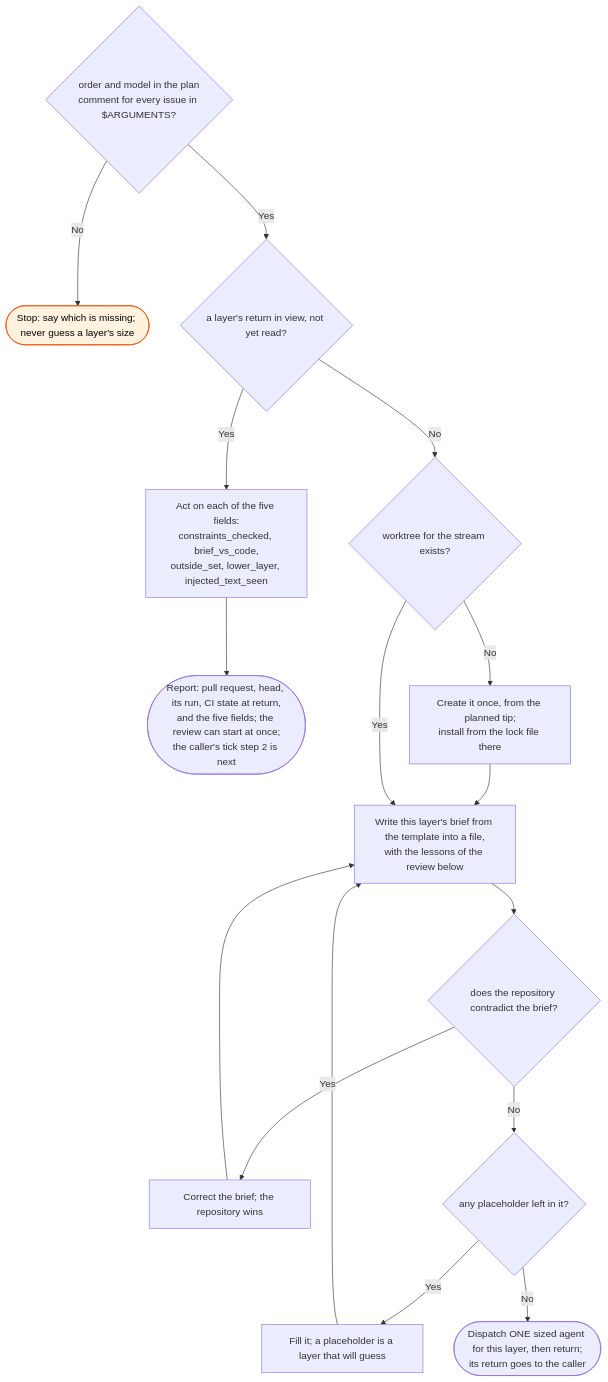
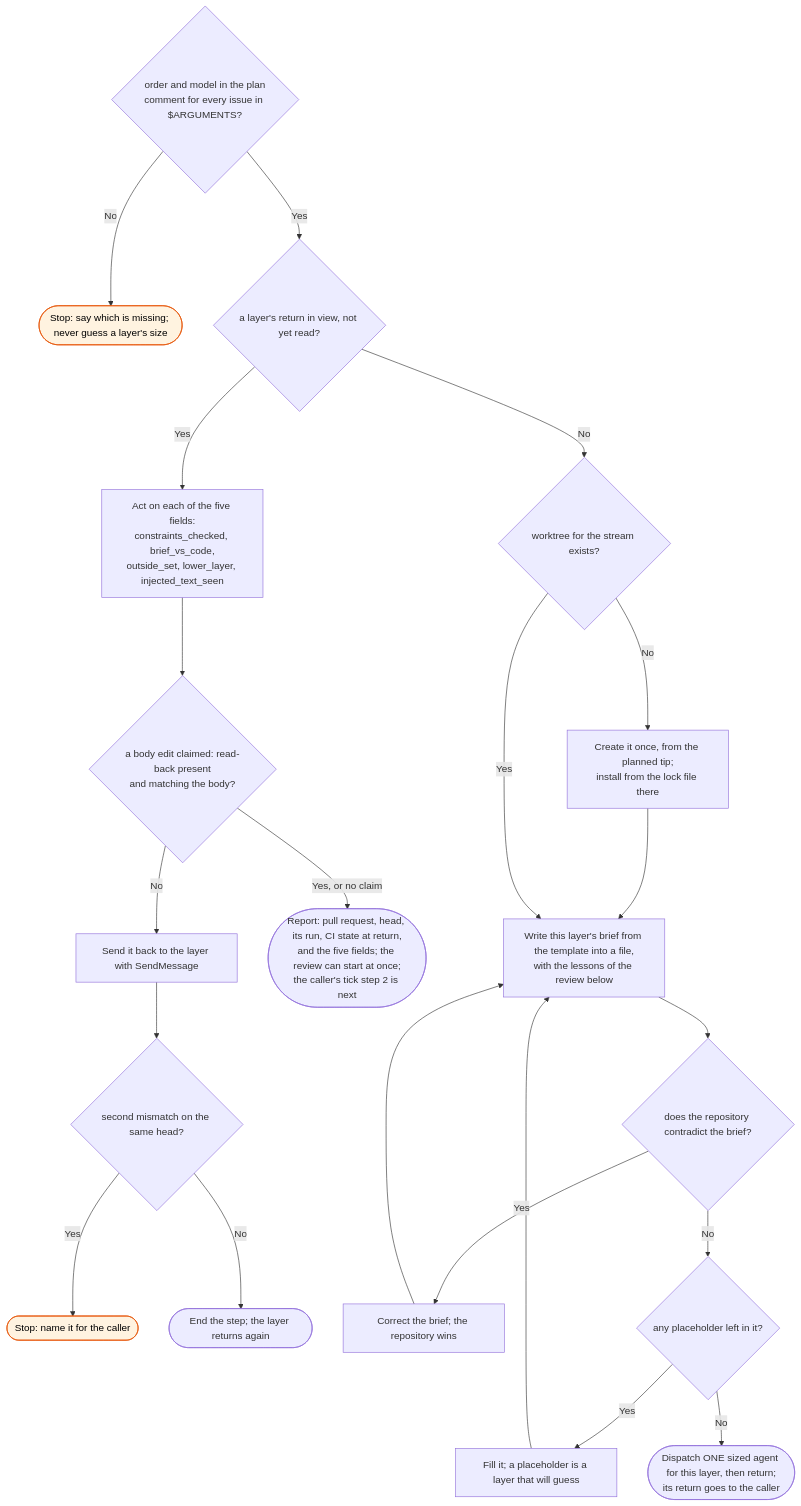
Before and after one commit to bje-settings/claude: the diagram in docs/flows/workstreams/stream/_skill-flow.md, drawn with Mermaid. The commit also changed other lines of this file and 11 other files, not shown here.

Commit message:
fix(workstreams): brief scope, body read-back and start's free-text focus

````diff
--- a/docs/flows/workstreams/stream/_skill-flow.md
+++ b/docs/flows/workstreams/stream/_skill-flow.md
@@ -15,20 +15,24 @@
 ```mermaid
 flowchart TD
     C{order and model in the plan<br/>comment for every issue in $ARGUMENTS?}
     C -->|No| C1([Stop: say which is missing; never guess a layer's size]):::stop
     C -->|Yes| R{a layer's return in view, not yet read?}
 
     R -->|Yes| S[Act on each of the five fields:<br/>constraints_checked, brief_vs_code,<br/>outside_set, lower_layer, injected_text_seen]
-    S --> S1([Report: pull request, head, its run, CI state at return,<br/>and the five fields; the review can start at once;<br/>the caller's tick step 2 is next])
+    S --> S0{a body edit claimed: read-back present<br/>and matching the body?}
+    S0 -->|No| S2[Send it back to the layer with SendMessage] --> S3{second mismatch on the same head?}
+    S3 -->|Yes| S4([Stop: name it for the caller]):::stop
+    S3 -->|No| X1([End the step; the layer returns again])
+    S0 -->|Yes, or no claim| S1([Report: pull request, head, its run, CI state at return,<br/>and the five fields; the review can start at once;<br/>the caller's tick step 2 is next])
 
     R -->|No| D{worktree for the stream exists?}
     D -->|No| D1[Create it once, from the planned tip;<br/>install from the lock file there] --> E
     D -->|Yes| E[Write this layer's brief from the template into a file,<br/>with the lessons of the review below]
     E --> F{does the repository contradict the brief?}
     F -->|Yes| F1[Correct the brief; the repository wins] --> E
     F -->|No| G{any placeholder left in it?}
     G -->|Yes| G1[Fill it; a placeholder is a layer that will guess] --> E
     G -->|No| H([Dispatch ONE sized agent for this layer, then return;<br/>its return goes to the caller])
 
     classDef stop fill:#fff3e0,stroke:#e65100,color:#000
 ```
````
